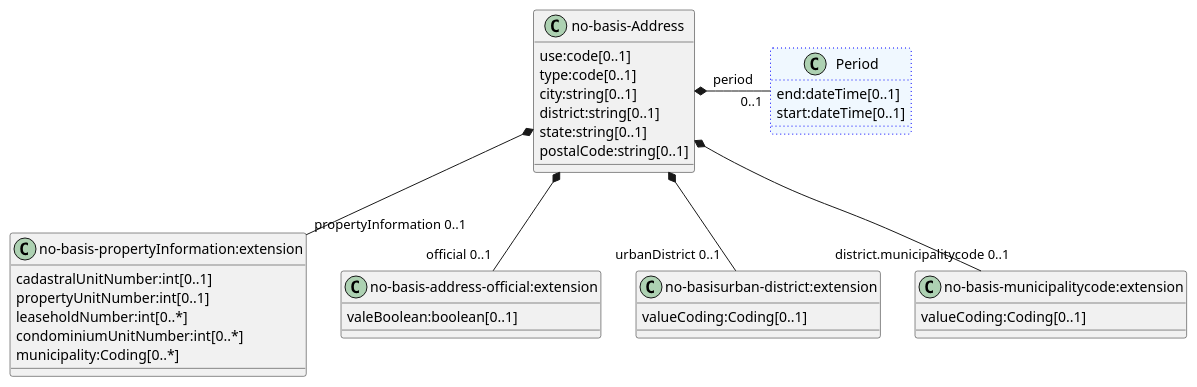
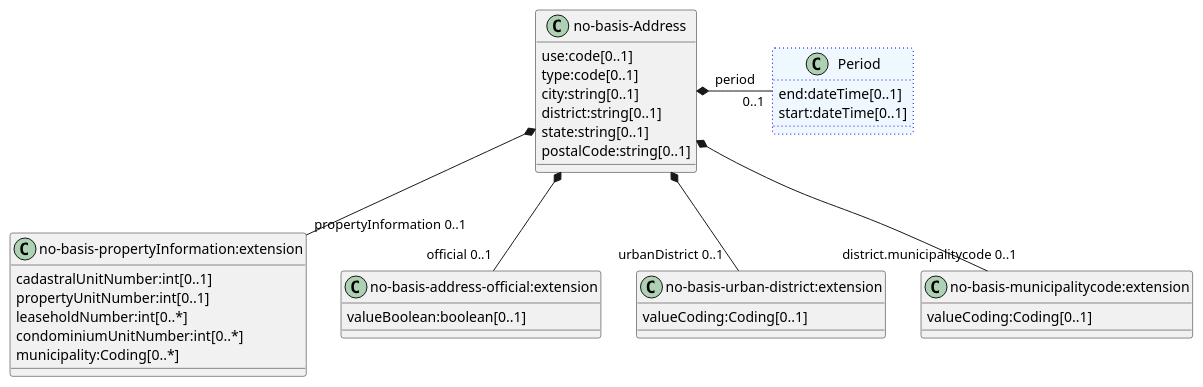
Before and after one commit to HL7Norway/basisprofiler-r4: the diagram in images-source/address.plantuml, drawn with PlantUML.

Commit message:
R4: Address PlantUML — fix valueBoolean and no-basis-urban-district labels; tidy layout (addresses #120)

```diff
--- a/images-source/address.plantuml
+++ b/images-source/address.plantuml
@@ -1,41 +1,41 @@
 @startuml
 
 class "no-basis-Address" as address
 class "no-basis-propertyInformation:extension" as property
 class "no-basis-address-official:extension" as official
-class "no-basisurban-district:extension" as urbandistrict
+class "no-basis-urban-district:extension" as urbandistrict
 class "no-basis-municipalitycode:extension" as municipality
 
 'package "FHIR DataTypes" #DDDDDD {
 class "Period" as period #aliceblue ##[dotted]blue
 '}
 
 address *-- "propertyInformation 0..1" property
 address *- "0..1" period :period
 address *-- "official 0..1" official
 address *-- "urbanDistrict 0..1" urbandistrict 
 address *-- "district.municipalitycode 0..1" municipality 
 
 address : use:code[0..1]
 address : type:code[0..1]
 address : city:string[0..1]
 address : district:string[0..1]
 address : state:string[0..1]
 address : postalCode:string[0..1]
 
 property : cadastralUnitNumber:int[0..1]
 property : propertyUnitNumber:int[0..1]
 property : leaseholdNumber:int[0..*]
 property : condominiumUnitNumber:int[0..*]
 property : municipality:Coding[0..*]
 
-official : valeBoolean:boolean[0..1]
+official : valueBoolean:boolean[0..1]
 
 urbandistrict : valueCoding:Coding[0..1]
 
 municipality : valueCoding:Coding[0..1]
 
 period : end:dateTime[0..1]
 period : start:dateTime[0..1]
 
 @enduml
```
